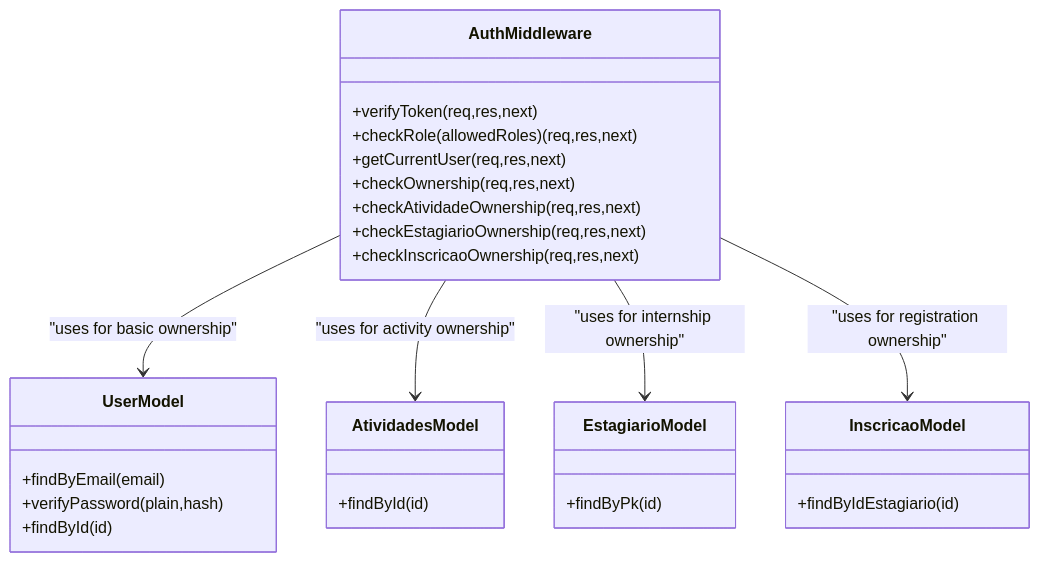
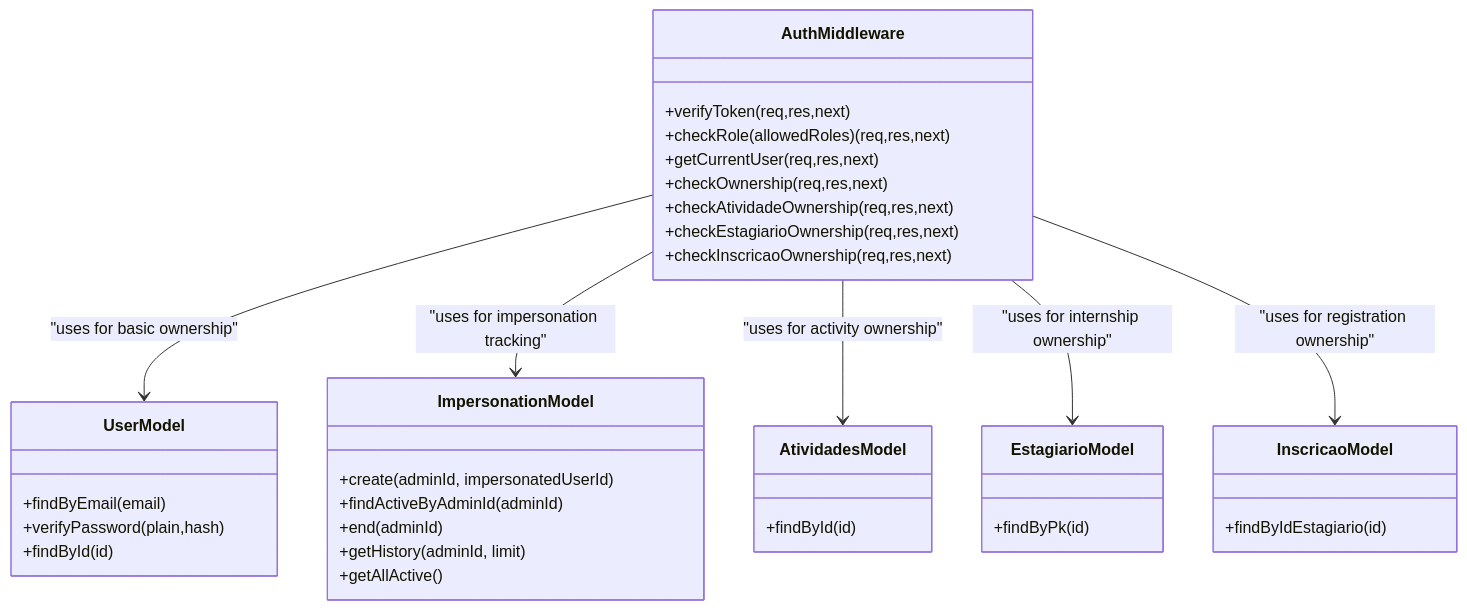
One commit to luiseduacosta/nodemural changed the fifth of 12 diagrams in .qoder/repowiki/en/content/Authentication & Authorization System/Authentication & Authorization System.md. Above: the diagram before and after it, drawn with Mermaid. The commit also changed other lines of this file and 30 other files, not shown here.

Commit message:
Update tables schema.

````diff
--- a/.qoder/repowiki/en/content/Authentication & Authorization System/Authentication & Authorization System.md
+++ b/.qoder/repowiki/en/content/Authentication & Authorization System/Authentication & Authorization System.md
@@ -256,30 +307,38 @@
 ```mermaid
 classDiagram
 class AuthMiddleware {
 +verifyToken(req,res,next)
 +checkRole(allowedRoles)(req,res,next)
 +getCurrentUser(req,res,next)
 +checkOwnership(req,res,next)
 +checkAtividadeOwnership(req,res,next)
 +checkEstagiarioOwnership(req,res,next)
 +checkInscricaoOwnership(req,res,next)
 }
 class UserModel {
 +findByEmail(email)
 +verifyPassword(plain,hash)
 +findById(id)
 }
+class ImpersonationModel {
++create(adminId, impersonatedUserId)
++findActiveByAdminId(adminId)
++end(adminId)
++getHistory(adminId, limit)
++getAllActive()
+}
 class AtividadesModel {
 +findById(id)
 }
 class EstagiarioModel {
 +findByPk(id)
 }
 class InscricaoModel {
 +findByIdEstagiario(id)
 }
 AuthMiddleware --> UserModel : "uses for basic ownership"
+AuthMiddleware --> ImpersonationModel : "uses for impersonation tracking"
 AuthMiddleware --> AtividadesModel : "uses for activity ownership"
 AuthMiddleware --> EstagiarioModel : "uses for internship ownership"
 AuthMiddleware --> InscricaoModel : "uses for registration ownership"
 ```
````
